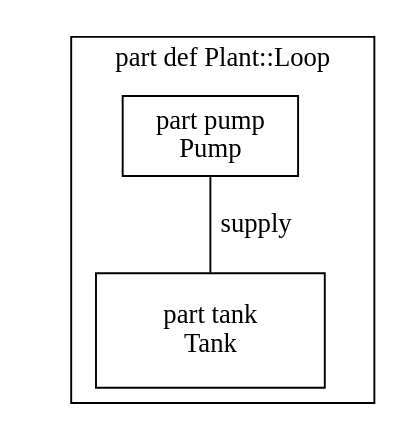
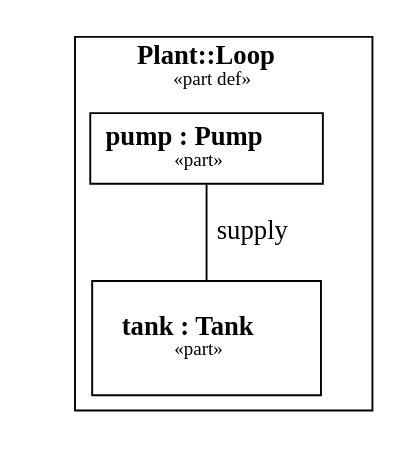
The second of 2 diagrams in docs/project/view-rendering-forms.md (Open-MBEE/OpenSysML), drawn with Graphviz before and after one commit. The commit also changed other lines of this file and 59 other files, not shown here.

First line of the commit message:
feat(view): lead diagram node labels with the element's name

````diff
--- a/docs/project/view-rendering-forms.md
+++ b/docs/project/view-rendering-forms.md
@@ -115,20 +141,20 @@
 ```dot
 // view: PlantViews::placedView
 // kind: interconnection
 // stated: render asInterconnectionDiagram
 // canvas: unit=px w=1200 h=800
 // layout: neato
 digraph "PlantViews::placedView" {
   graph [inputscale=72, dpi=72];
   node [shape=box];
   "canvas:0" [shape=point, style=invis, width=0, height=0, label="", pos="0,800!", pin=true];
   "canvas:1" [shape=point, style=invis, width=0, height=0, label="", pos="1200,0!", pin=true];
   subgraph "cluster_n0" {
-    label="part def Plant::Loop";
+    label=<<b>Plant::Loop</b><br/><font point-size="10">«part def»</font>>;
     "n0" [shape=point, style=invis, width=0, height=0, label=""];
-    "n1" [label="part pump\nPump", pos="346,739!", pin=true, width=1.2777777777777777, height=0.5833333333333334, comment="collapsed"];
-    "n2" [label="part tank\nTank", pos="560,730!", pin=true, width=1.6666666666666667, height=0.8333333333333334, fixedsize=true];
+    "n1" [label=<<b>pump : Pump</b><br/><font point-size="10">«part»</font>>, pos="359,741.5!", pin=true, width=1.6388888888888888, height=0.5138888888888888, comment="collapsed"];
+    "n2" [label=<<b>tank : Tank</b><br/><font point-size="10">«part»</font>>, pos="560,730!", pin=true, width=1.6666666666666667, height=0.8333333333333334, fixedsize=true];
   }
   "n1" -> "n2" [label="supply", arrowhead=none, pos="400,730 400,730 450,680 450,680 450,680 500,730 500,730"];
 }
 ```
````
